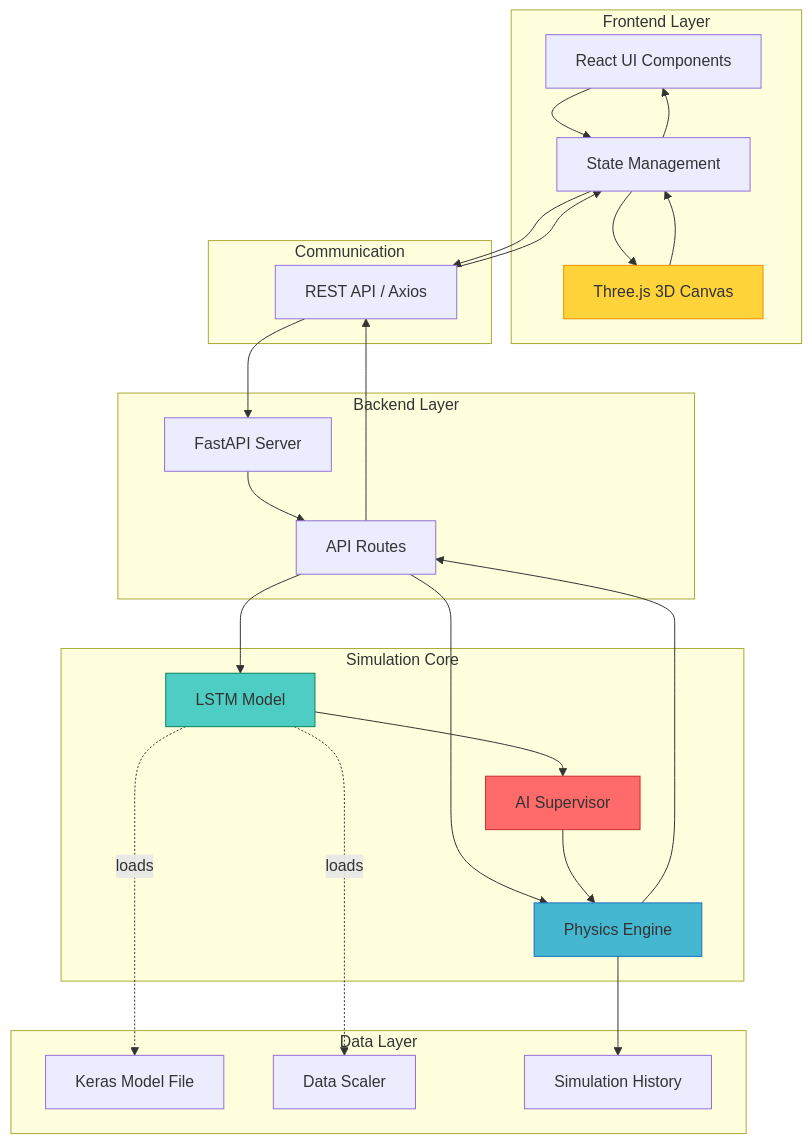
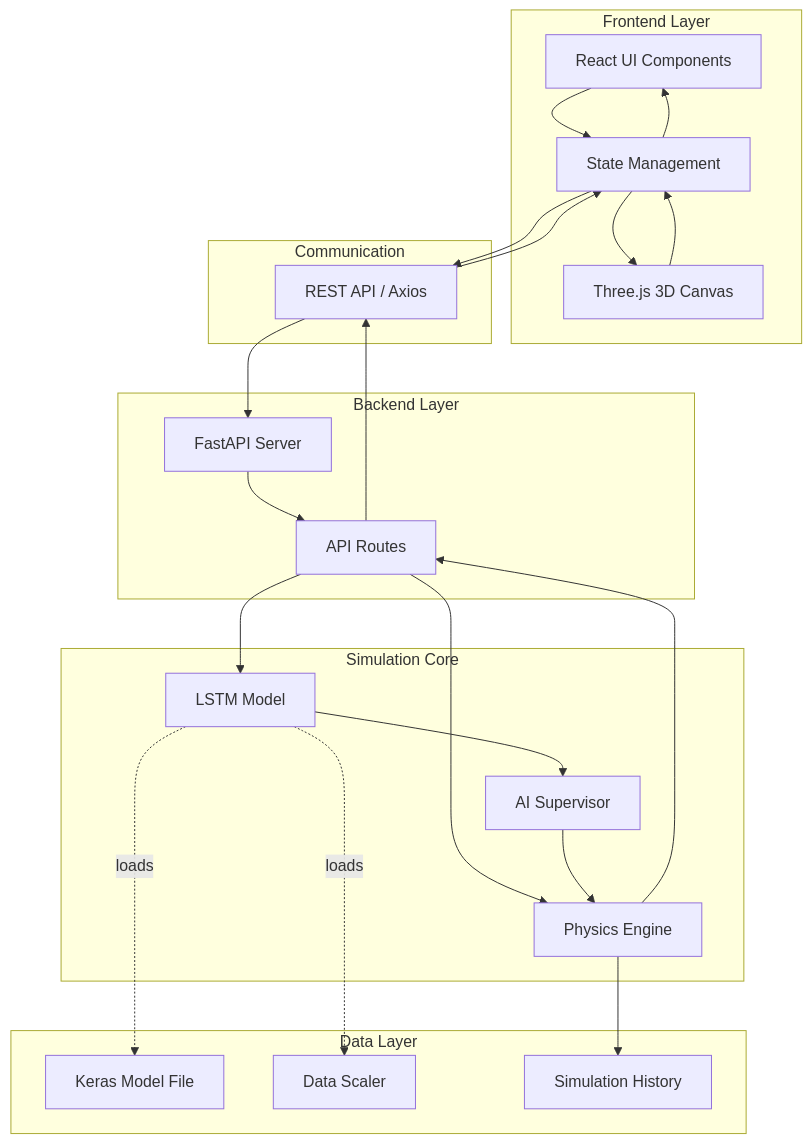
One commit to Divesh-Kshirsagar/BIMCS changed the first of 10 diagrams in docs/architecture.md. Above: the diagram before and after it, drawn with Mermaid. The commit also changed other lines of this file and 7 other files, not shown here.

Commit message:
refactor: remove unnecessary style definitions from documentation diagrams

````diff
--- a/docs/architecture.md
+++ b/docs/architecture.md
@@ -9,52 +9,48 @@
 ```mermaid
 graph TB
     subgraph "Frontend Layer"
         UI[React UI Components]
         Canvas[Three.js 3D Canvas]
         State[State Management]
     end
     
     subgraph "Communication"
         API[REST API / Axios]
     end
     
     subgraph "Backend Layer"
         FastAPI[FastAPI Server]
         Router[API Routes]
     end
     
     subgraph "Simulation Core"
         Physics[Physics Engine]
         LSTM[LSTM Model]
         Supervisor[AI Supervisor]
     end
     
     subgraph "Data Layer"
         Model[Keras Model File]
         Scaler[Data Scaler]
         History[Simulation History]
     end
     
     UI --> State
     Canvas --> State
     State --> API
     API --> FastAPI
     FastAPI --> Router
     Router --> Physics
     Router --> LSTM
     LSTM --> Supervisor
     Supervisor --> Physics
     Physics --> Router
     LSTM -.loads.-> Model
     LSTM -.loads.-> Scaler
     Physics --> History
     Router --> API
     API --> State
     State --> UI
     State --> Canvas
     
-    style Supervisor fill:#ff6b6b,stroke:#c92a2a
-    style LSTM fill:#4ecdc4,stroke:#087f5b
-    style Physics fill:#45b7d1,stroke:#1971c2
-    style Canvas fill:#ffd43b,stroke:#f08c00
 ```
````
